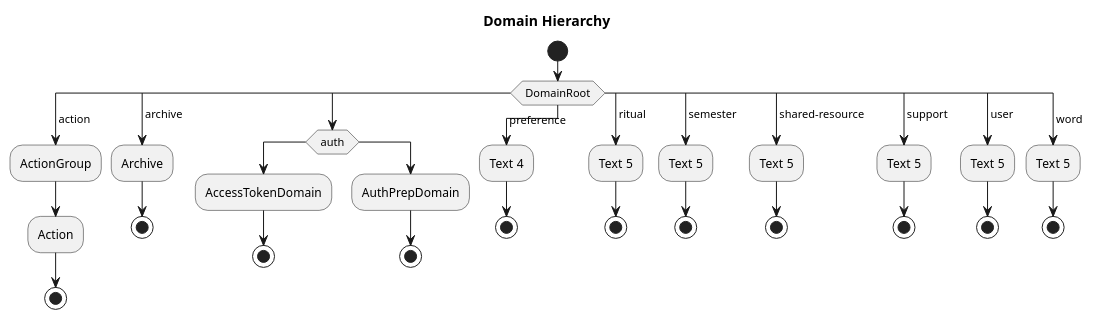
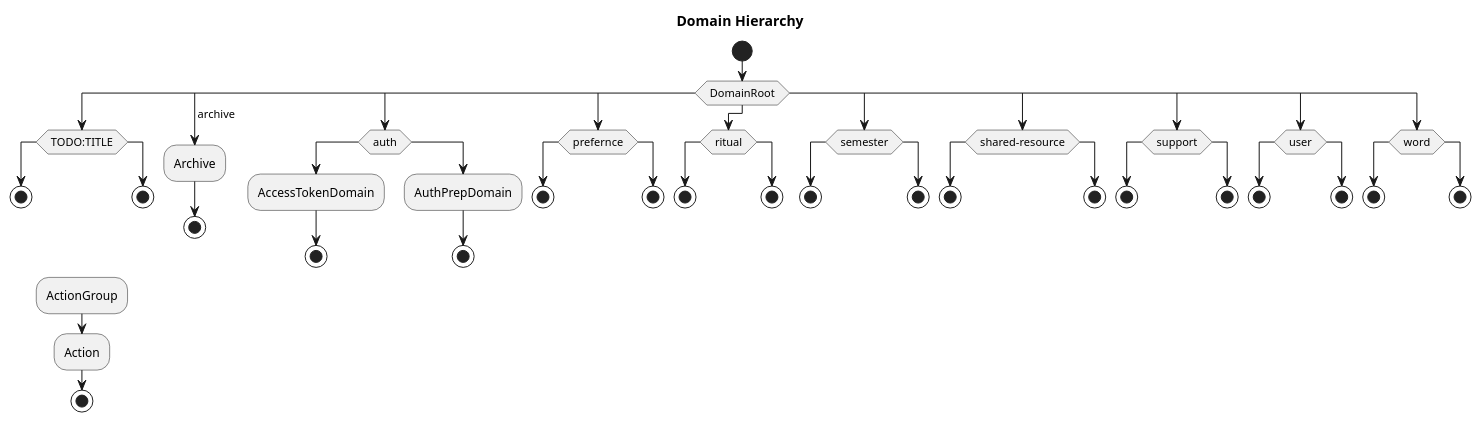
The diagram in dev_api/domains/index.hierarchy.md (ajktown/docs), drawn with PlantUML before and after one commit.

Commit message:
refactor

````diff
--- a/dev_api/domains/index.hierarchy.md
+++ b/dev_api/domains/index.hierarchy.md
@@ -17,49 +17,83 @@
 ```plantuml
 @startuml
 
 title Domain Hierarchy
 
 start
 switch ( DomainRoot )
-case ( action )
+case ()
+  switch ( TODO:TITLE )
+  case ()
+    stop
+  case ()
+    stop
+  endswitch
   :ActionGroup;
   :Action;
   stop
 case ( archive )
   :Archive;
   stop
 case ()
   switch ( auth )
   case ()
     :AccessTokenDomain;
     stop
   case ()
     :AuthPrepDomain;
     stop
   endswitch
-case ( preference )
-  :Text 4;
-  stop
-case ( ritual )
-  :Text 5;
-  stop
-case ( semester )
-  :Text 5;
-  stop
-case ( shared-resource )
-  :Text 5;
-  stop
-case ( support )
-  :Text 5;
-  stop
-case ( user )
-  :Text 5;
-  stop
-case ( word )
-  :Text 5;
-  stop
+case ()
+  switch ( prefernce )
+  case ()
+    stop
+  case ()
+    stop
+  endswitch
+case ()
+  switch ( ritual )
+  case ()
+    stop
+  case ()
+    stop
+  endswitch
+case ()
+  switch ( semester )
+  case ()
+    stop
+  case ()
+    stop
+  endswitch
+case ()
+  switch ( shared-resource )
+  case ()
+    stop
+  case ()
+    stop
+  endswitch
+case ()
+  switch ( support )
+  case ()
+    stop
+  case ()
+    stop
+  endswitch
+case ()
+  switch ( user )
+  case ()
+    stop
+  case ()
+    stop
+  endswitch
+case ()
+  switch ( word )
+  case ()
+    stop
+  case ()
+    stop
+  endswitch
 endswitch
 
 @enduml
 
 ```
````
